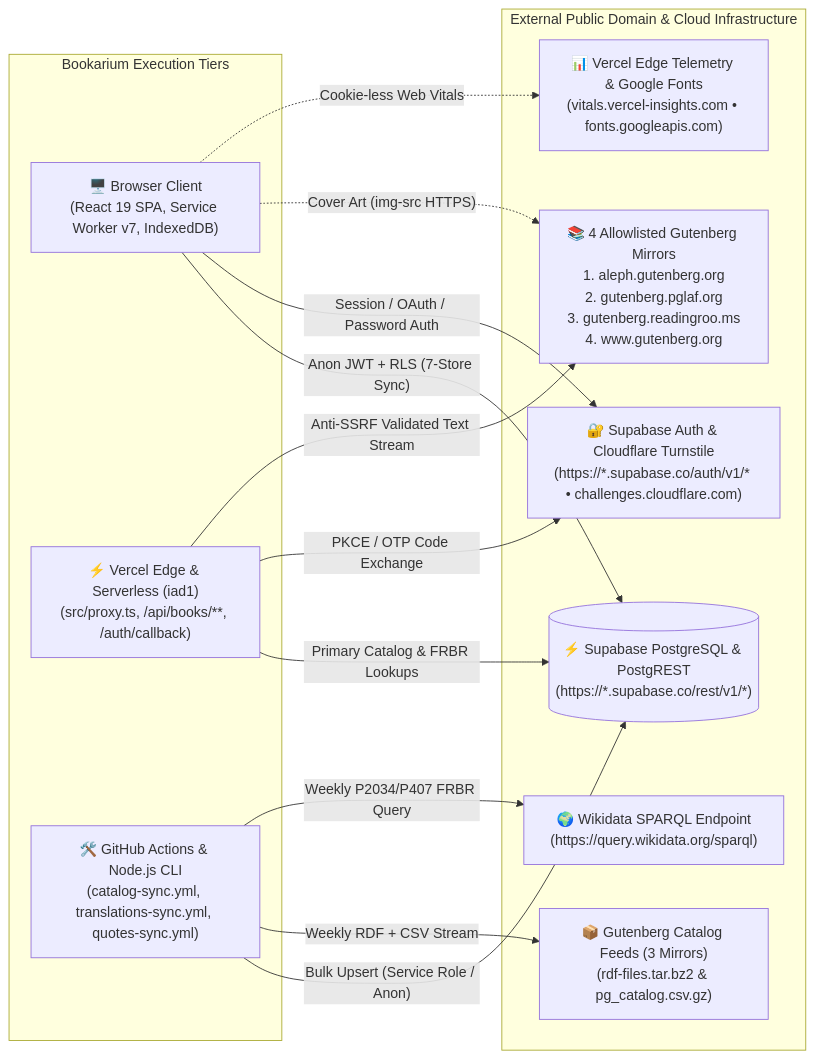
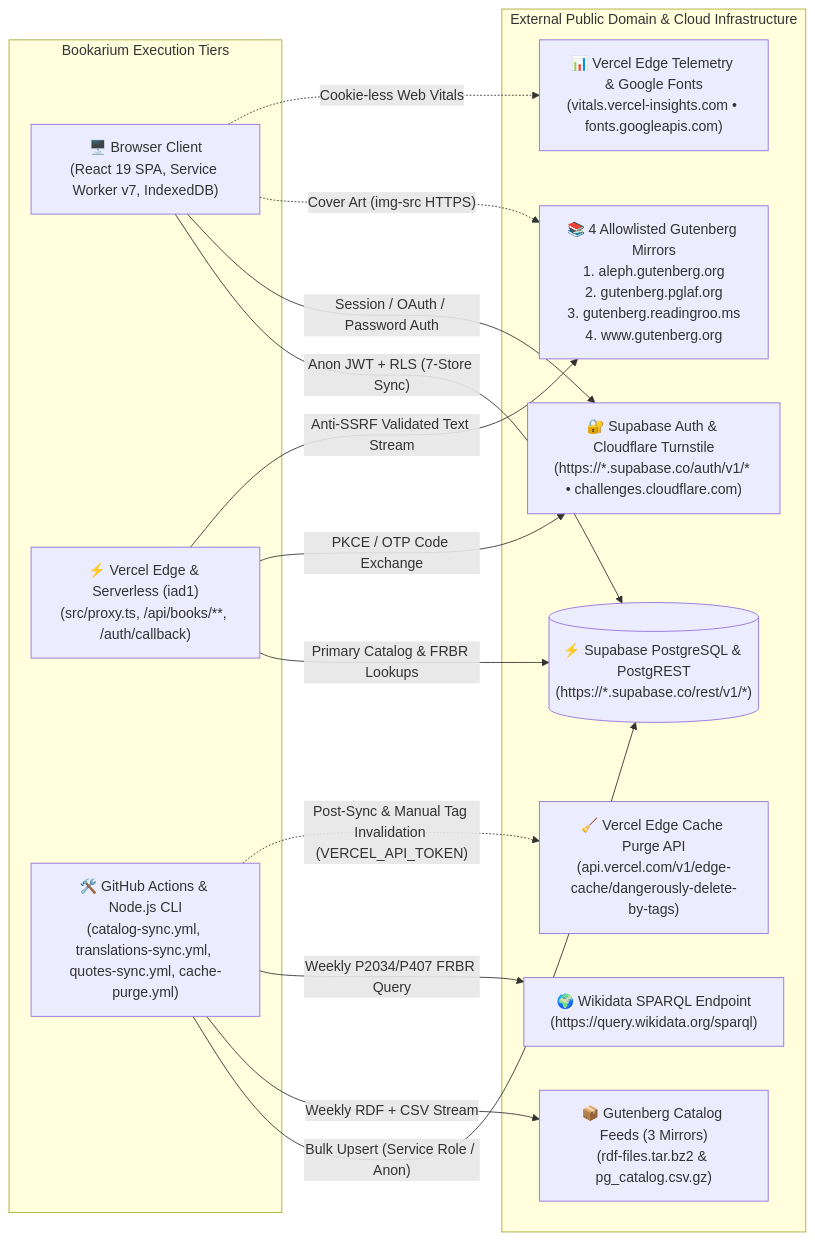
The tenth of 13 diagrams in docs/ARCHITECTURE.md (calin-m/Bookarium), drawn with Mermaid before and after one commit. The commit also changed other lines of this file and 36 other files, not shown here.

First line of the commit message:
feat(pipeline): add Vercel Edge cache tag purging, Option-A quote pruning, and GitHub Actions runbook

````diff
--- a/docs/ARCHITECTURE.md
+++ b/docs/ARCHITECTURE.md
@@ -1586,28 +1602,30 @@
 ```mermaid
 flowchart LR
     subgraph BookariumRuntime ["Bookarium Execution Tiers"]
         BrowserTier["🖥️ Browser Client\n(React 19 SPA, Service Worker v7, IndexedDB)"]
         EdgeTier["⚡ Vercel Edge & Serverless (iad1)\n(src/proxy.ts, /api/books/**, /auth/callback)"]
-        CLITier["🛠️ GitHub Actions & Node.js CLI\n(catalog-sync.yml, translations-sync.yml, quotes-sync.yml)"]
+        CLITier["🛠️ GitHub Actions & Node.js CLI\n(catalog-sync.yml, translations-sync.yml, quotes-sync.yml, cache-purge.yml)"]
     end
 
     subgraph ExternalSystems ["External Public Domain & Cloud Infrastructure"]
         SupaDB[("⚡ Supabase PostgreSQL & PostgREST\n(https://*.supabase.co/rest/v1/*)")]
         SupaAuth["🔐 Supabase Auth & Cloudflare Turnstile\n(https://*.supabase.co/auth/v1/* • challenges.cloudflare.com)"]
         GutenbergMirrors["📚 4 Allowlisted Gutenberg Mirrors\n1. aleph.gutenberg.org\n2. gutenberg.pglaf.org\n3. gutenberg.readingroo.ms\n4. www.gutenberg.org"]
         GutenbergFeeds["📦 Gutenberg Catalog Feeds (3 Mirrors)\n(rdf-files.tar.bz2 & pg_catalog.csv.gz)"]
         WikidataAPI["🌍 Wikidata SPARQL Endpoint\n(https://query.wikidata.org/sparql)"]
+        VercelCacheAPI["🧹 Vercel Edge Cache Purge API\n(api.vercel.com/v1/edge-cache/dangerously-delete-by-tags)"]
         VercelRUM["📊 Vercel Edge Telemetry & Google Fonts\n(vitals.vercel-insights.com • fonts.googleapis.com)"]
     end
 
     BrowserTier -->|"Anon JWT + RLS (7-Store Sync)"| SupaDB
     BrowserTier -->|"Session / OAuth / Password Auth"| SupaAuth
     BrowserTier -.->|"Cover Art (img-src HTTPS)"| GutenbergMirrors
     BrowserTier -.->|"Cookie-less Web Vitals"| VercelRUM
     EdgeTier -->|"Primary Catalog & FRBR Lookups"| SupaDB
     EdgeTier -->|"PKCE / OTP Code Exchange"| SupaAuth
     EdgeTier -->|"Anti-SSRF Validated Text Stream"| GutenbergMirrors
     CLITier -->|"Bulk Upsert (Service Role / Anon)"| SupaDB
     CLITier -->|"Weekly RDF + CSV Stream"| GutenbergFeeds
     CLITier -->|"Weekly P2034/P407 FRBR Query"| WikidataAPI
+    CLITier -.->|"Post-Sync & Manual Tag Invalidation (VERCEL_API_TOKEN)"| VercelCacheAPI
 ```
````
